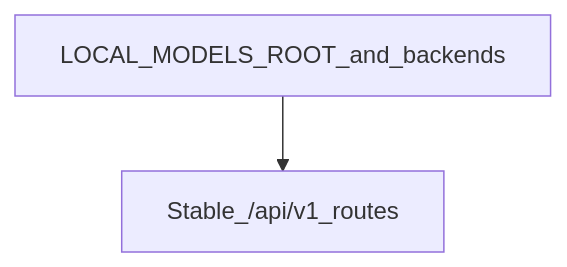
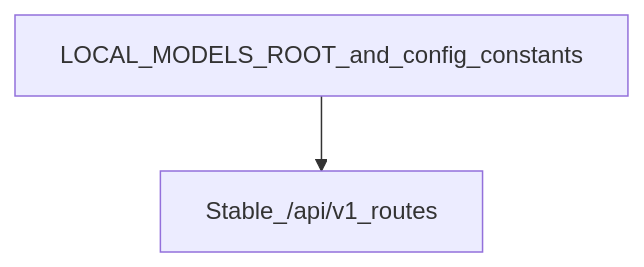
One commit to felixzhu97/explore-ml changed the third of 3 diagrams in docs/user-guide/model-download.md. Above: the diagram before and after it, drawn with Mermaid. The commit also changed other lines of this file and 22 other files, not shown here.

````diff
--- a/docs/user-guide/model-download.md
+++ b/docs/user-guide/model-download.md
@@ -165,6 +159,6 @@
 ```mermaid
 flowchart TB
-  Env[LOCAL_MODELS_ROOT_and_backends]
+  Env[LOCAL_MODELS_ROOT_and_config_constants]
   Routes[Stable_/api/v1_routes]
   Env --> Routes
 ```
````
